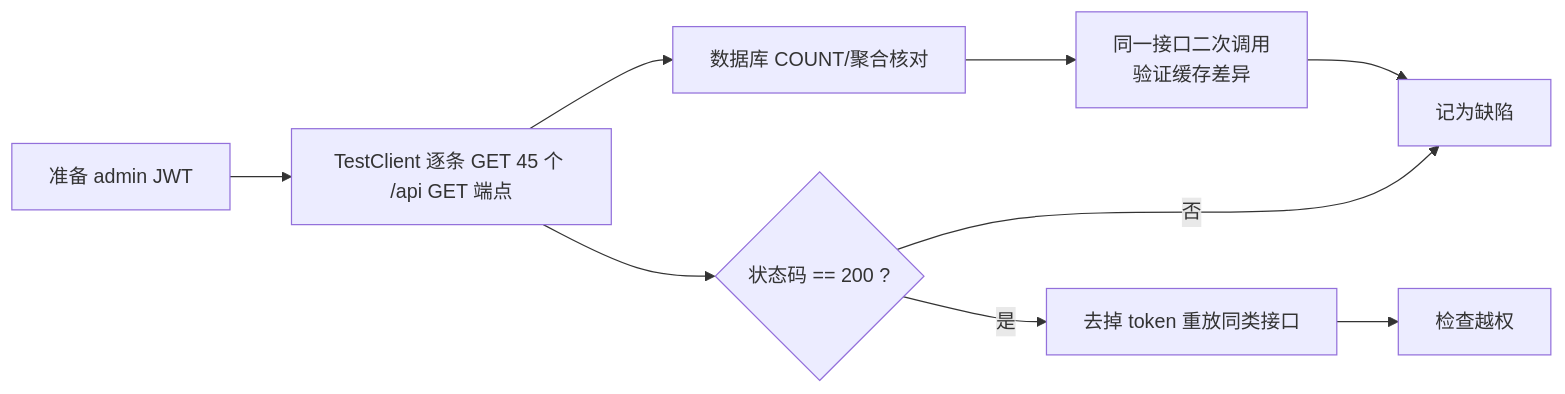
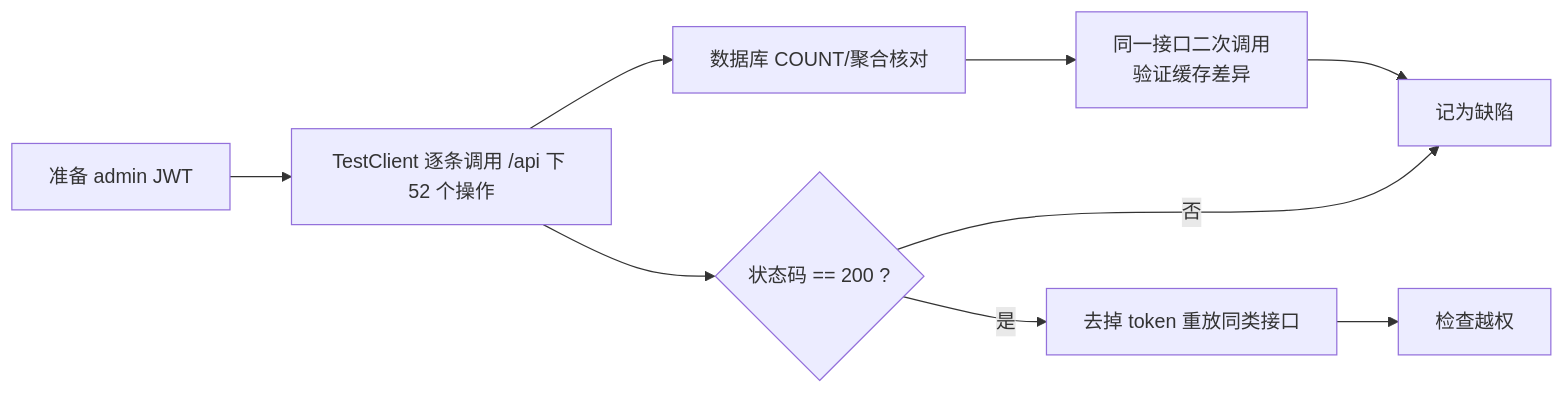
Before and after one commit to Aitials/pj1_dianshang: the diagram in docs/12_test_report.md, drawn with Mermaid. The commit also changed other lines of this file and 18 other files, not shown here.

````diff
--- a/docs/12_test_report.md
+++ b/docs/12_test_report.md
@@ -60,11 +60,11 @@
 ```mermaid
 flowchart LR
-    A[准备 admin JWT] --> B[TestClient 逐条 GET 45 个 /api GET 端点]
+    A[准备 admin JWT] --> B[TestClient 逐条调用 /api 下 52 个操作]
     B --> C{状态码 == 200 ?}
     C -->|否| F[记为缺陷]
     C -->|是| D[去掉 token 重放同类接口]
     D --> E[检查越权]
     B --> G[数据库 COUNT/聚合核对]
     G --> H[同一接口二次调用<br/>验证缓存差异]
     H --> F
 ```
````
